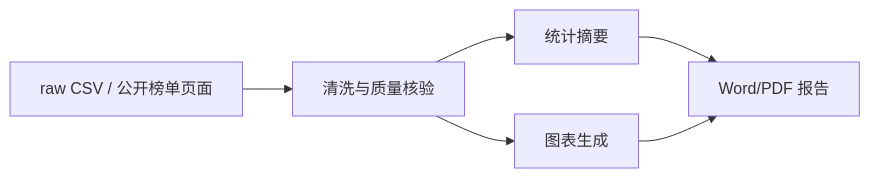
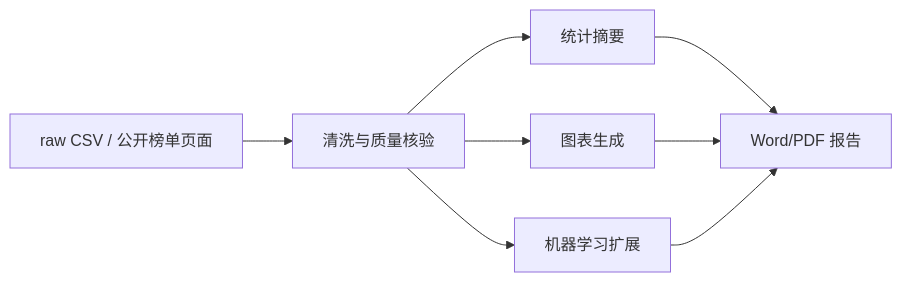
One commit to zl097932-ai/douban-top200-data-analysis changed the diagram in README.md. Above: the diagram before and after it, drawn with Mermaid. The commit also changed other lines of this file and 13 other files, not shown here.

````diff
--- a/README.md
+++ b/README.md
@@ -79,8 +119,10 @@
 ```mermaid
 flowchart LR
     A["raw CSV / 公开榜单页面"] --> B["清洗与质量核验"]
     B --> C["统计摘要"]
     B --> D["图表生成"]
-    C --> E["Word/PDF 报告"]
-    D --> E
+    B --> E["机器学习扩展"]
+    C --> F["Word/PDF 报告"]
+    D --> F
+    E --> F
 ```
````
